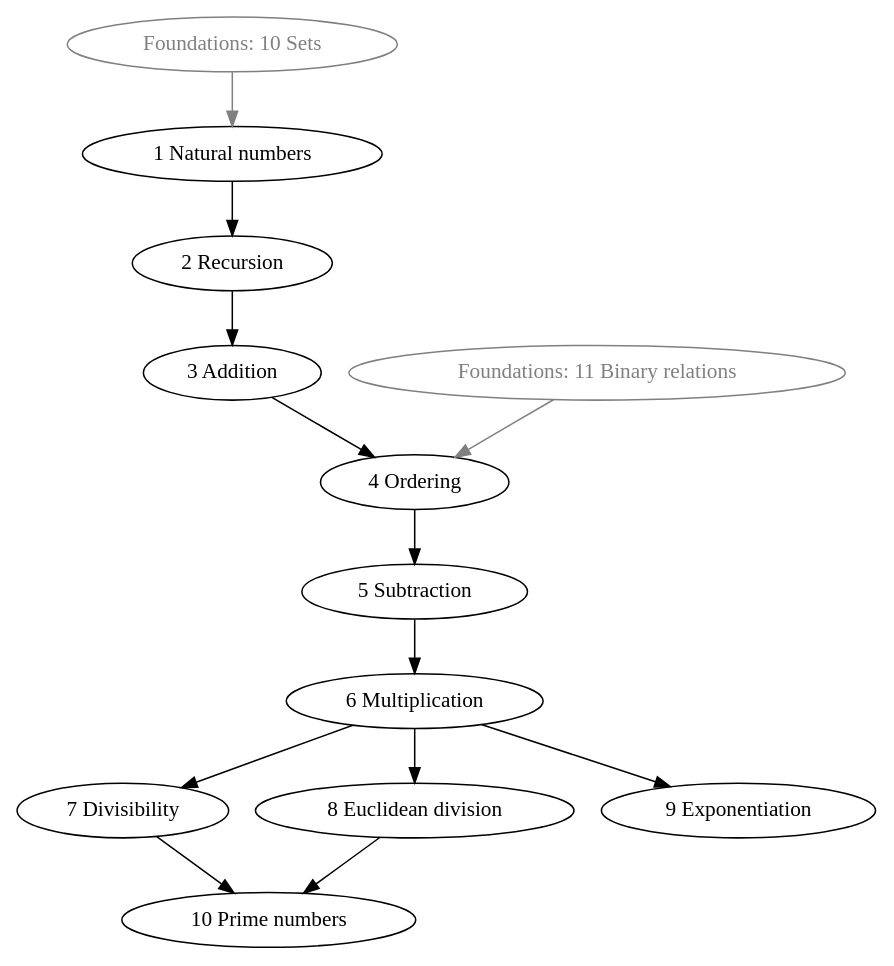
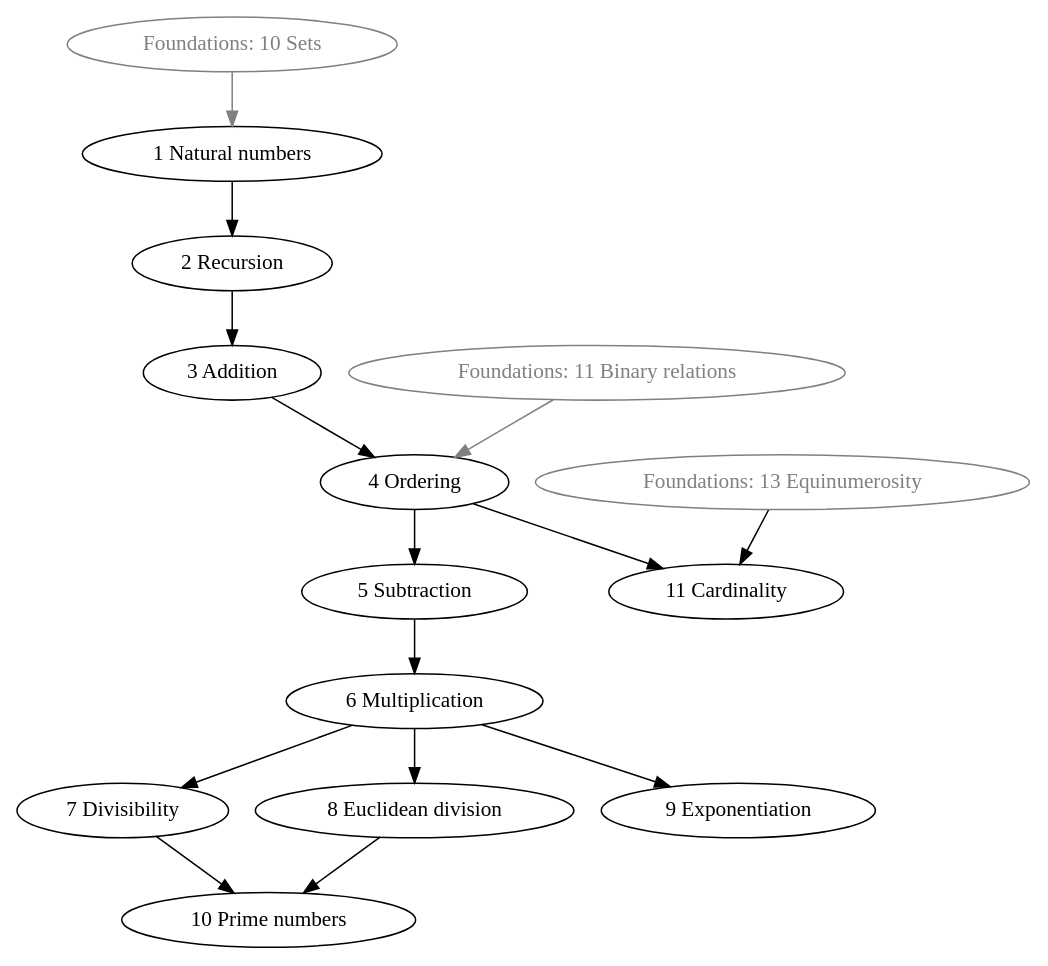
One commit to naproche/naproche changed the diagram in examples/arithmetic/dependency-graph/graph.dot. Above: the diagram before and after it, drawn with Graphviz. The commit also changed 7 other files, not shown here.

Commit message:
Arithmetic: New chapter about cardinality

```diff
--- a/examples/arithmetic/dependency-graph/graph.dot
+++ b/examples/arithmetic/dependency-graph/graph.dot
@@ -1,29 +1,33 @@
 digraph Sections {
 
     foundations_10 [label = "Foundations: 10 Sets", color = "gray", fontcolor = "gray"]
     foundations_11 [label = "Foundations: 11 Binary relations", color = "gray", fontcolor = "gray"]
+    foundations_13 [label = "Foundations: 13 Equinumerosity", color = "gray", fontcolor = "gray"]
 
     arithmetic_01 [label = "1 Natural numbers"]
     arithmetic_02 [label = "2 Recursion"]
     arithmetic_03 [label = "3 Addition"]
     arithmetic_04 [label = "4 Ordering"]
     arithmetic_05 [label = "5 Subtraction"]
     arithmetic_06 [label = "6 Multiplication"]
     arithmetic_07 [label = "7 Divisibility"]
     arithmetic_08 [label = "8 Euclidean division"]
     arithmetic_09 [label = "9 Exponentiation"]
     arithmetic_10 [label = "10 Prime numbers"]
+    arithmetic_11 [label = "11 Cardinality"]
 
     foundations_10  -> arithmetic_01    [color = "gray"]
     arithmetic_01   -> arithmetic_02
     arithmetic_02   -> arithmetic_03
     foundations_11  -> arithmetic_04    [color = "gray"]
     arithmetic_03   -> arithmetic_04
     arithmetic_04   -> arithmetic_05
     arithmetic_05   -> arithmetic_06
     arithmetic_06   -> arithmetic_07
     arithmetic_06   -> arithmetic_08
     arithmetic_06   -> arithmetic_09
     arithmetic_07   -> arithmetic_10
     arithmetic_08   -> arithmetic_10
+    foundations_13  -> arithmetic_11
+    arithmetic_04   -> arithmetic_11
 }
```
